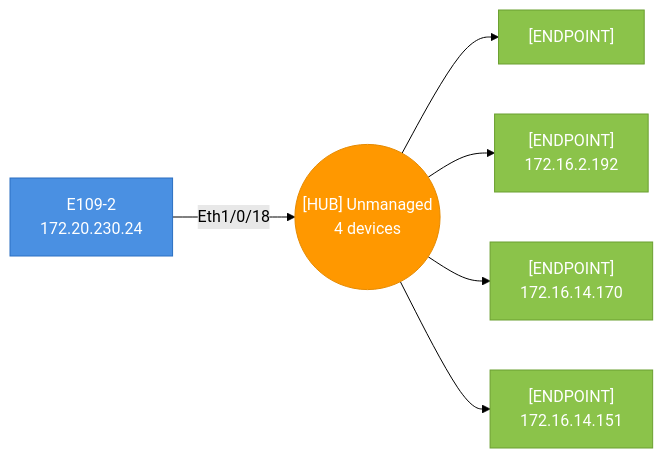
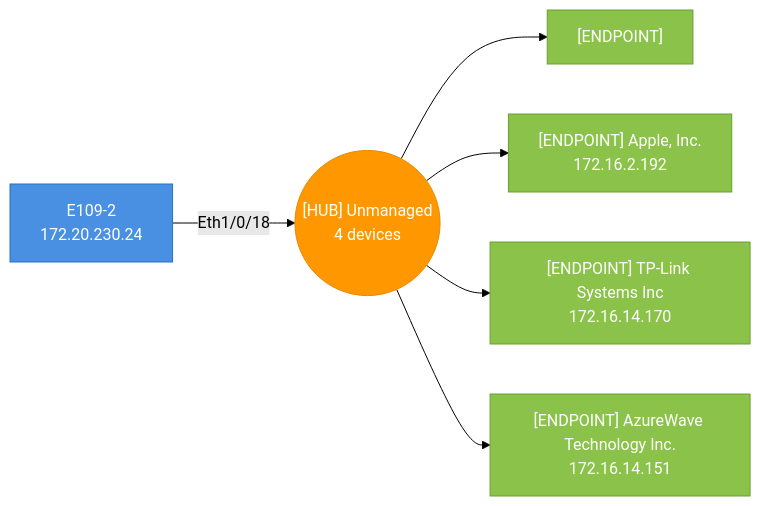
One commit to djamic/LLDP-Skanner-Go changed diagram 24 of 38 in testdata/golden/audit_default.md. Above: the diagram before and after it, drawn with Mermaid (forest theme). The commit also changed other lines of this file and 11 other files, not shown here.

````diff
--- a/testdata/golden/audit_default.md
+++ b/testdata/golden/audit_default.md
@@ -1824,20 +1814,20 @@
 ```mermaid
 graph LR
   hub_f8f0827c2d17_p18(("[HUB] Unmanaged<br>4 devices"))
   f8f0827c2d17["E109-2<br>172.20.230.24"]
   f8f0827c2d17-- "Eth1/0/18" -->hub_f8f0827c2d17_p18
   style f8f0827c2d17 fill:#4A90E2,stroke:#2A6FC2,color:#fff
   123558344d56["[ENDPOINT]"]
   hub_f8f0827c2d17_p18-->123558344d56
   style 123558344d56 fill:#8BC34A,stroke:#6B9F30,color:#fff
-  a4cf995d8c79["[ENDPOINT]<br>172.16.2.192"]
+  a4cf995d8c79["[ENDPOINT] Apple, Inc.<br>172.16.2.192"]
   hub_f8f0827c2d17_p18-->a4cf995d8c79
   style a4cf995d8c79 fill:#8BC34A,stroke:#6B9F30,color:#fff
-  b0a7b9ee8d6e["[ENDPOINT]<br>172.16.14.170"]
+  b0a7b9ee8d6e["[ENDPOINT] TP-Link Systems Inc<br>172.16.14.170"]
   hub_f8f0827c2d17_p18-->b0a7b9ee8d6e
   style b0a7b9ee8d6e fill:#8BC34A,stroke:#6B9F30,color:#fff
-  c0bfbed99bd7["[ENDPOINT]<br>172.16.14.151"]
+  c0bfbed99bd7["[ENDPOINT] AzureWave Technology Inc.<br>172.16.14.151"]
   hub_f8f0827c2d17_p18-->c0bfbed99bd7
   style c0bfbed99bd7 fill:#8BC34A,stroke:#6B9F30,color:#fff
   style hub_f8f0827c2d17_p18 fill:#FF9800,stroke:#E68A00,color:#fff
 ```
````
